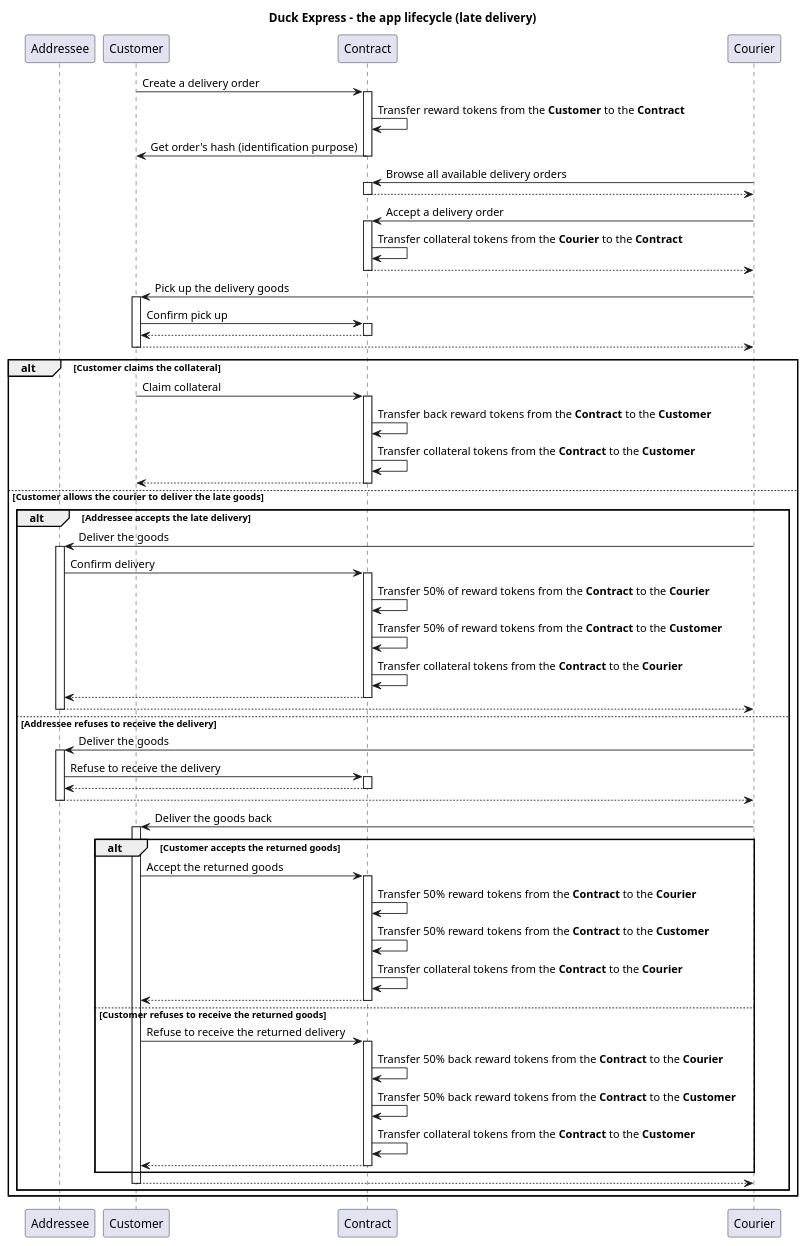
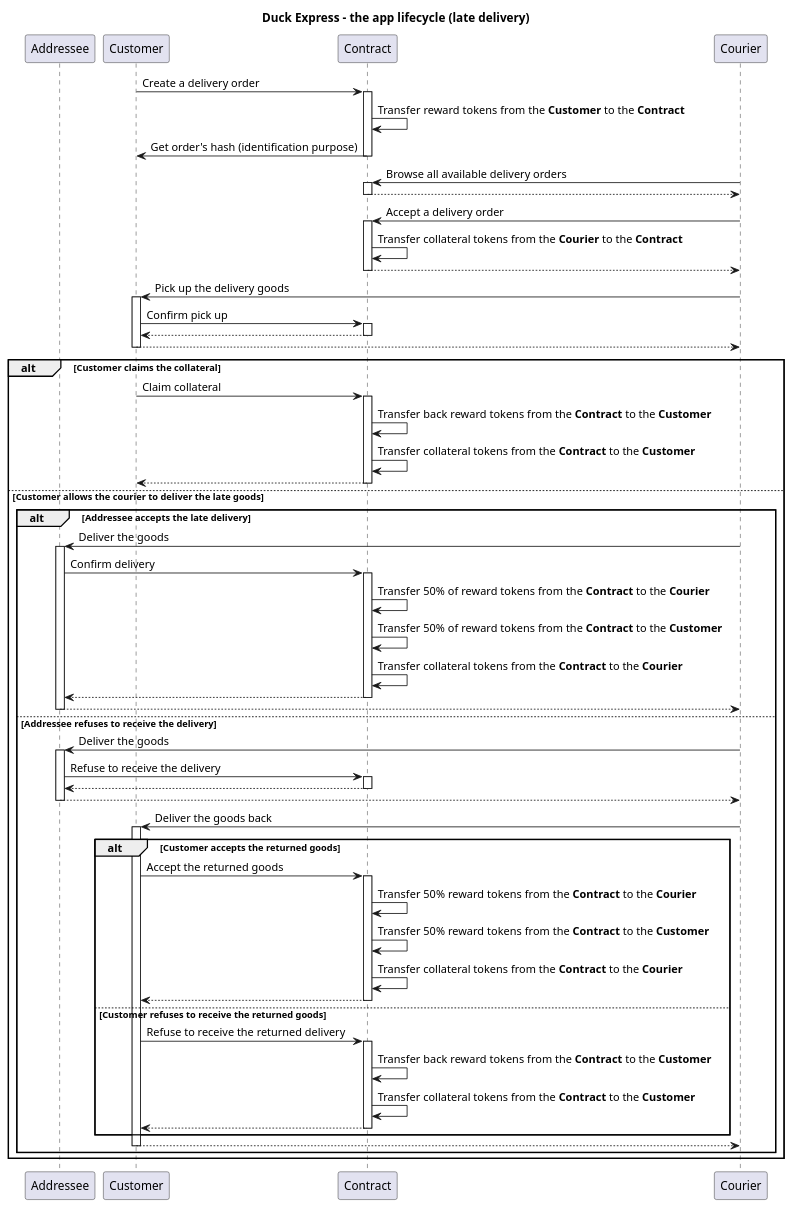
The diagram in docs/late_delivery.puml (duckception/dissertation), drawn with PlantUML before and after one commit. The commit also changed 3 other files, not shown here.

```diff
--- a/docs/late_delivery.puml
+++ b/docs/late_delivery.puml
@@ -1,77 +1,76 @@
 @startuml
 title Duck Express - the app lifecycle (late delivery)
 
 participant "Addressee" as addressee
 participant "Customer" as customer
 participant "Contract" as contract
 participant "Courier" as courier
 
 customer -> contract: Create a delivery order
 activate contract
 contract -> contract: Transfer reward tokens from the <b>Customer</b> to the <b>Contract</b>
 contract -> customer: Get order's hash (identification purpose)
 deactivate
 
 courier -> contract: Browse all available delivery orders
 activate contract
 return
 
 courier -> contract: Accept a delivery order
 activate contract
 contract -> contract: Transfer collateral tokens from the <b>Courier</b> to the <b>Contract</b>
 return
 
 courier -> customer: Pick up the delivery goods
 activate customer
 customer -> contract: Confirm pick up
 activate contract
 return
 return
 
 alt Customer claims the collateral
   customer -> contract: Claim collateral
   activate contract
   contract -> contract: Transfer back reward tokens from the <b>Contract</b> to the <b>Customer</b>
   contract -> contract: Transfer collateral tokens from the <b>Contract</b> to the <b>Customer</b>
   return
 else Customer allows the courier to deliver the late goods
   alt Addressee accepts the late delivery
     courier -> addressee: Deliver the goods
     activate addressee
     addressee -> contract: Confirm delivery
     activate contract
     contract -> contract: Transfer 50% of reward tokens from the <b>Contract</b> to the <b>Courier</b>
     contract -> contract: Transfer 50% of reward tokens from the <b>Contract</b> to the <b>Customer</b>
     contract -> contract: Transfer collateral tokens from the <b>Contract</b> to the <b>Courier</b>
     return
     return
   else Addressee refuses to receive the delivery
     courier -> addressee: Deliver the goods
     activate addressee
     addressee -> contract: Refuse to receive the delivery
     activate contract
     return
     return
 
     courier -> customer: Deliver the goods back
     activate customer
     alt Customer accepts the returned goods
       customer -> contract: Accept the returned goods
       activate contract
       contract -> contract: Transfer 50% reward tokens from the <b>Contract</b> to the <b>Courier</b>
       contract -> contract: Transfer 50% reward tokens from the <b>Contract</b> to the <b>Customer</b>
       contract -> contract: Transfer collateral tokens from the <b>Contract</b> to the <b>Courier</b>
       return
     else Customer refuses to receive the returned goods
       customer -> contract: Refuse to receive the returned delivery
       activate contract
-      contract -> contract: Transfer 50% back reward tokens from the <b>Contract</b> to the <b>Courier</b>
-      contract -> contract: Transfer 50% back reward tokens from the <b>Contract</b> to the <b>Customer</b>
+      contract -> contract: Transfer back reward tokens from the <b>Contract</b> to the <b>Customer</b>
       contract -> contract: Transfer collateral tokens from the <b>Contract</b> to the <b>Customer</b>
       return
     end
     return
   end
 end
 
 @enduml
```
